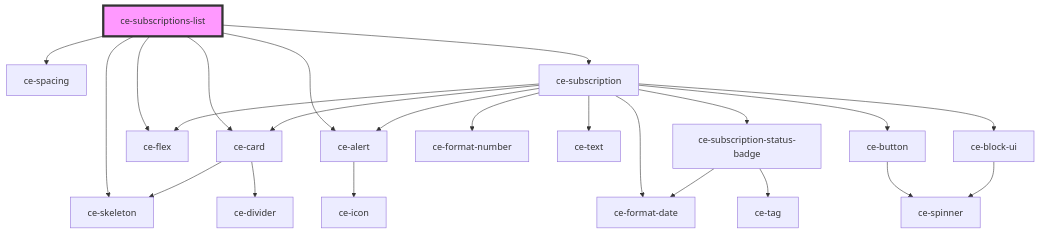
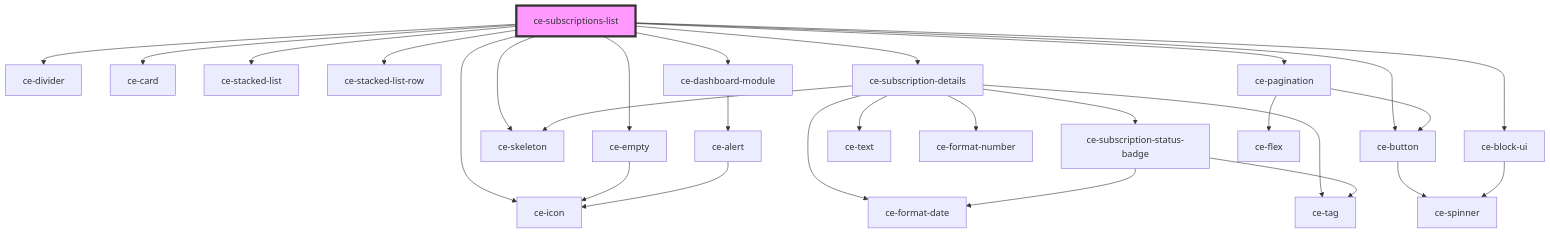
One commit to surecart/surecart-wp-plugin changed the diagram in packages/components/src/components/controllers/dashboard/subscriptions-list/readme.md. Above: the diagram before and after it, drawn with Mermaid. The commit also changed other lines of this file and 118 other files, not shown here.

````diff
--- a/packages/components/src/components/controllers/dashboard/subscriptions-list/readme.md
+++ b/packages/components/src/components/controllers/dashboard/subscriptions-list/readme.md
@@ -28,26 +36,31 @@
 ```mermaid
 graph TD;
+  ce-subscriptions-list --> ce-divider
+  ce-subscriptions-list --> ce-empty
   ce-subscriptions-list --> ce-card
-  ce-subscriptions-list --> ce-flex
+  ce-subscriptions-list --> ce-stacked-list
+  ce-subscriptions-list --> ce-stacked-list-row
   ce-subscriptions-list --> ce-skeleton
-  ce-subscriptions-list --> ce-alert
-  ce-subscriptions-list --> ce-spacing
-  ce-subscriptions-list --> ce-subscription
-  ce-card --> ce-skeleton
-  ce-card --> ce-divider
-  ce-alert --> ce-icon
-  ce-subscription --> ce-format-date
-  ce-subscription --> ce-subscription-status-badge
-  ce-subscription --> ce-card
-  ce-subscription --> ce-flex
-  ce-subscription --> ce-format-number
-  ce-subscription --> ce-text
-  ce-subscription --> ce-button
-  ce-subscription --> ce-alert
-  ce-subscription --> ce-block-ui
+  ce-subscriptions-list --> ce-subscription-details
+  ce-subscriptions-list --> ce-icon
+  ce-subscriptions-list --> ce-dashboard-module
+  ce-subscriptions-list --> ce-button
+  ce-subscriptions-list --> ce-pagination
+  ce-subscriptions-list --> ce-block-ui
+  ce-empty --> ce-icon
+  ce-subscription-details --> ce-subscription-status-badge
+  ce-subscription-details --> ce-format-date
+  ce-subscription-details --> ce-skeleton
+  ce-subscription-details --> ce-text
+  ce-subscription-details --> ce-tag
+  ce-subscription-details --> ce-format-number
   ce-subscription-status-badge --> ce-format-date
   ce-subscription-status-badge --> ce-tag
+  ce-dashboard-module --> ce-alert
+  ce-alert --> ce-icon
   ce-button --> ce-spinner
+  ce-pagination --> ce-flex
+  ce-pagination --> ce-button
   ce-block-ui --> ce-spinner
   style ce-subscriptions-list fill:#f9f,stroke:#333,stroke-width:4px
 ```
````
